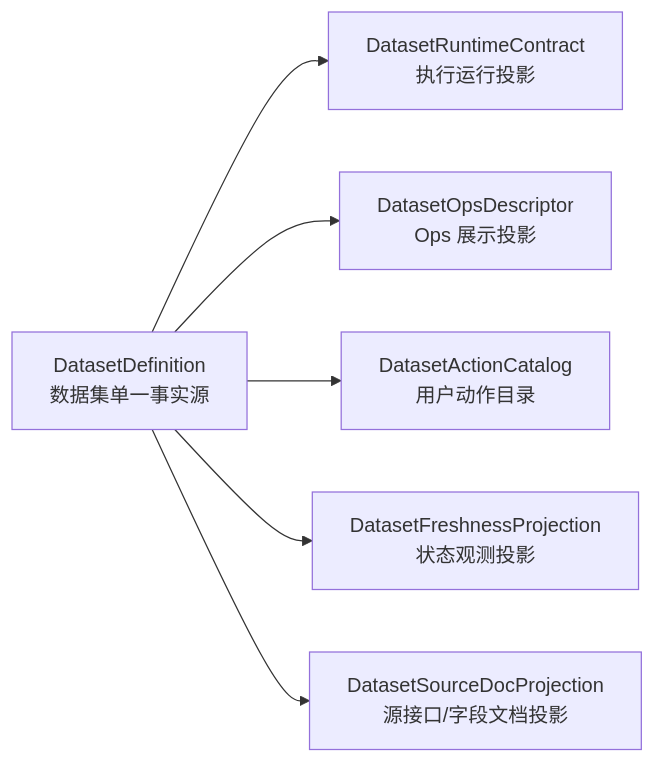
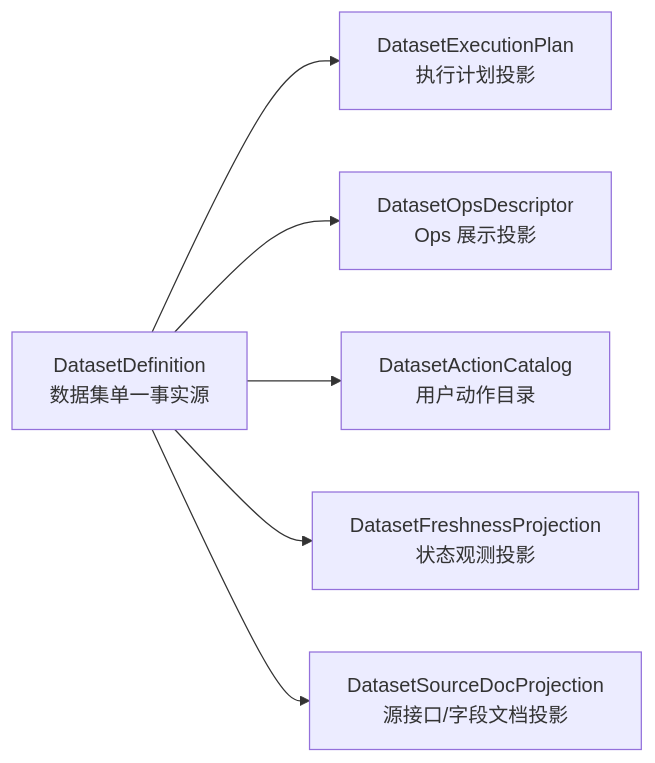
One commit to chiuser/goldenshare changed the diagram in docs/architecture/dataset-definition-single-source-refactor-plan-v1.md. Above: the diagram before and after it, drawn with Mermaid. The commit also changed other lines of this file and 16 other files, not shown here.

````diff
--- a/docs/architecture/dataset-definition-single-source-refactor-plan-v1.md
+++ b/docs/architecture/dataset-definition-single-source-refactor-plan-v1.md
@@ -86,8 +86,8 @@
 ```mermaid
 flowchart LR
-  A["DatasetDefinition<br/>数据集单一事实源"] --> B["DatasetRuntimeContract<br/>执行运行投影"]
+  A["DatasetDefinition<br/>数据集单一事实源"] --> B["DatasetExecutionPlan<br/>执行计划投影"]
   A --> C["DatasetOpsDescriptor<br/>Ops 展示投影"]
   A --> D["DatasetActionCatalog<br/>用户动作目录"]
   A --> E["DatasetFreshnessProjection<br/>状态观测投影"]
   A --> F["DatasetSourceDocProjection<br/>源接口/字段文档投影"]
 ```
````
